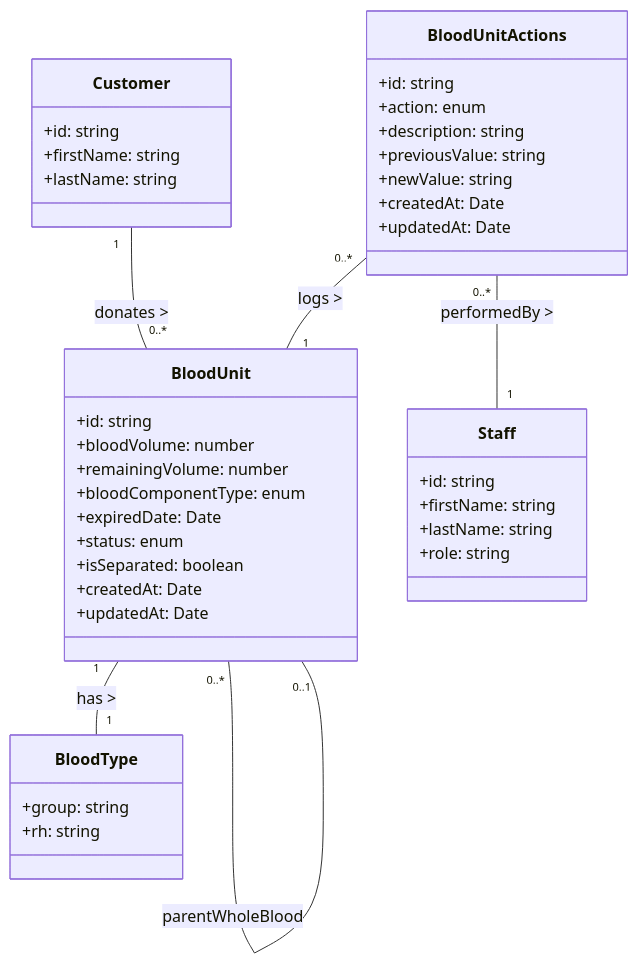
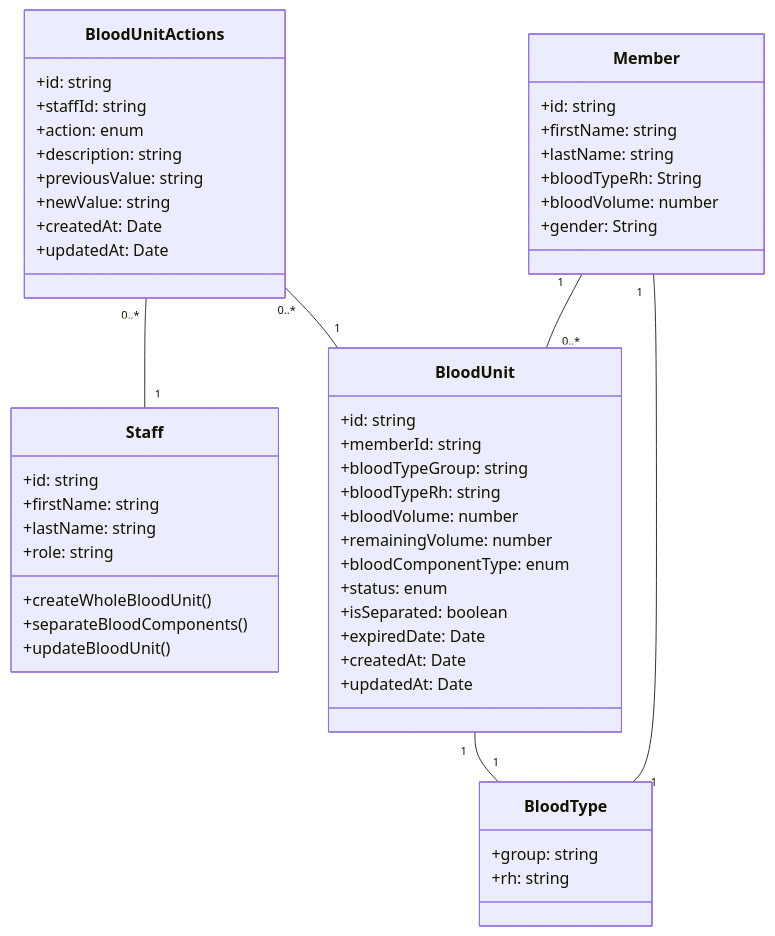
Before and after one commit to phamnguyenviethung/bloodlink-be: the second of 2 diagrams in docs/inventory-blood-unit-flow.md, drawn with Mermaid. The commit also changed other lines of this file and 1 other file, not shown here.

Commit message:
Update Mermaid sequence

````diff
--- a/docs/inventory-blood-unit-flow.md
+++ b/docs/inventory-blood-unit-flow.md
@@ -103,49 +103,60 @@
 ```mermaid
 classDiagram
     class Staff {
         +id: string
         +firstName: string
         +lastName: string
         +role: string
+        +createWholeBloodUnit()
+        +separateBloodComponents()
+        +updateBloodUnit()
     }
 
-    class Customer {
+    class Member {
         +id: string
         +firstName: string
         +lastName: string
+        +bloodTypeRh: String
+        +bloodVolume: number
+        +gender: String
     }
 
     class BloodType {
         +group: string
         +rh: string
     }
 
     class BloodUnit {
         +id: string
+        +memberId: string
+        +bloodTypeGroup: string
+        +bloodTypeRh: string
         +bloodVolume: number
         +remainingVolume: number
         +bloodComponentType: enum
-        +expiredDate: Date
         +status: enum
         +isSeparated: boolean
+        +expiredDate: Date
         +createdAt: Date
         +updatedAt: Date
     }
 
     class BloodUnitActions {
         +id: string
+        +staffId: string
         +action: enum
         +description: string
         +previousValue: string
         +newValue: string
         +createdAt: Date
         +updatedAt: Date
     }
 
     %% Relationships
-    Customer "1" -- "0..*" BloodUnit : donates >
-    BloodUnit "1" -- "1" BloodType : has >
-    BloodUnit "0..*" -- "0..1" BloodUnit : parentWholeBlood
-    BloodUnitActions "0..*" -- "1" BloodUnit : logs >
-    BloodUnitActions "0..*" -- "1" Staff : performedBy >
+    Member "1" -- "0..*" BloodUnit
+    Member "1" -- "1" BloodType
+    BloodUnit "1" -- "1" BloodType
+    %%BloodUnit "0..*" -- "0..1" BloodUnit : parentWholeBlood
+    BloodUnitActions "0..*" -- "1" BloodUnit
+    BloodUnitActions "0..*" -- "1" Staff
 ```
````
